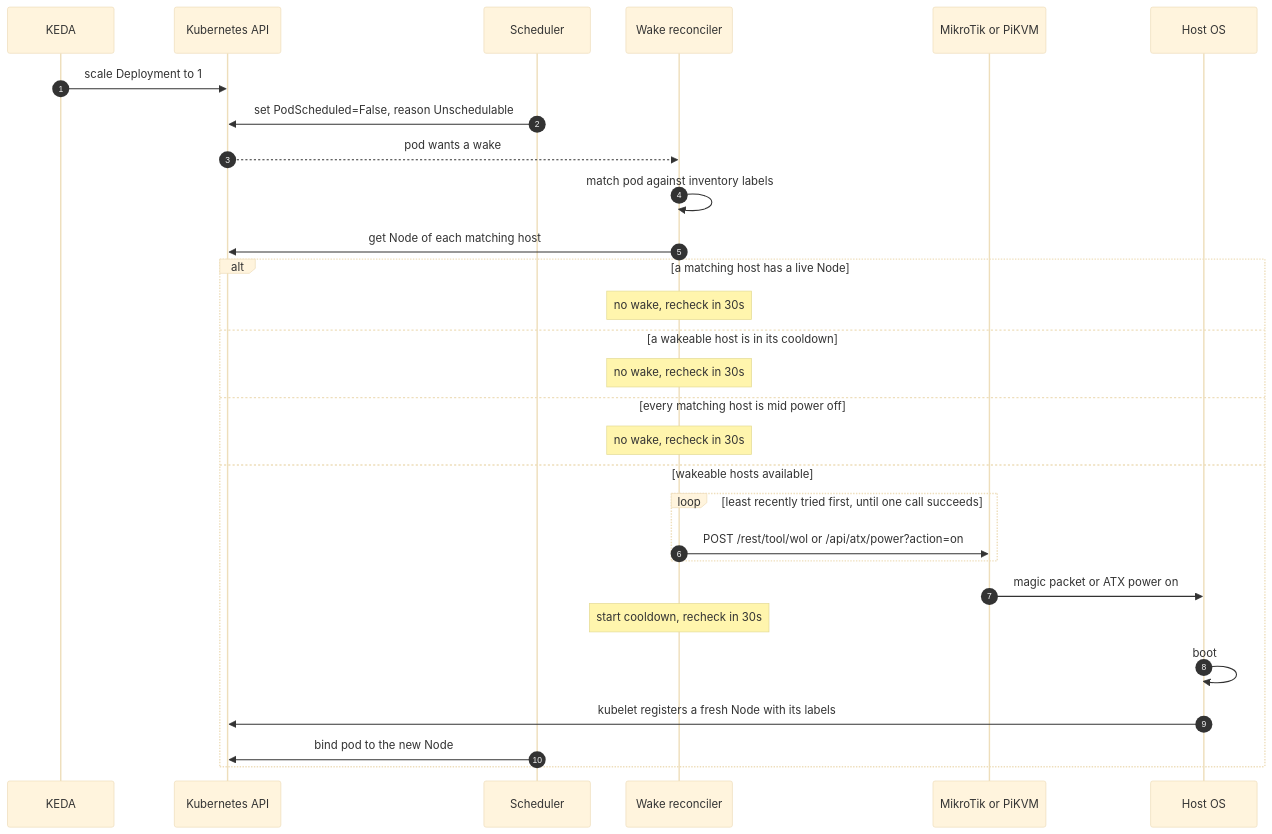
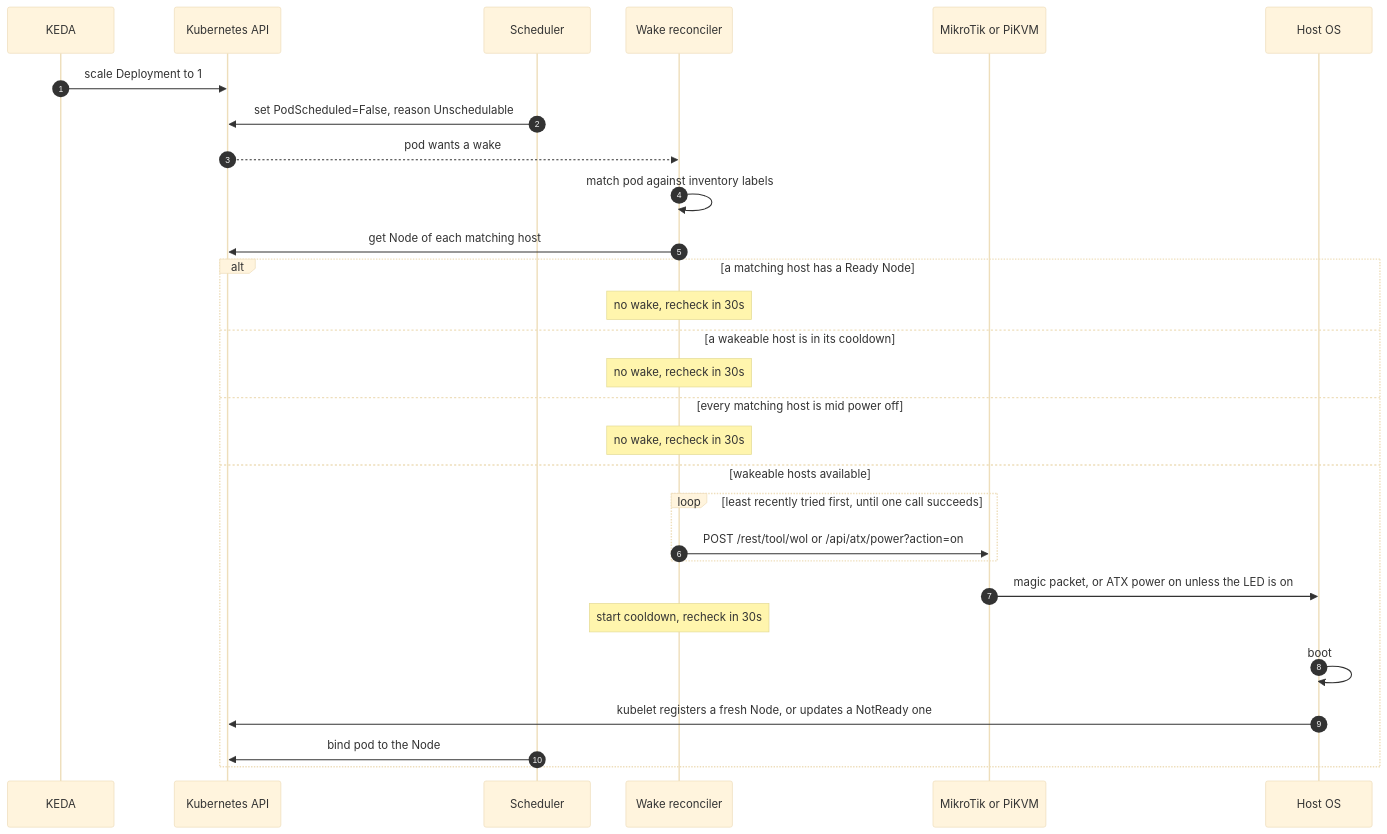
The sixth of 6 diagrams in docs/how-it-works.md (kiemlicz/nekromancer), drawn with Mermaid (base theme) before and after one commit. The commit also changed other lines of this file and 16 other files, not shown here.

First line of the commit message:
Never delete a Node just because it went NotReady

````diff
--- a/docs/how-it-works.md
+++ b/docs/how-it-works.md
@@ -188,33 +192,33 @@
 ```mermaid
 sequenceDiagram
     autonumber
     participant KEDA
     participant API as Kubernetes API
     participant Sched as Scheduler
     participant WR as Wake reconciler
     participant Prov as MikroTik or PiKVM
     participant Host as Host OS
 
     KEDA->>API: scale Deployment to 1
     Sched->>API: set PodScheduled=False, reason Unschedulable
     API-->>WR: pod wants a wake
     WR->>WR: match pod against inventory labels
     WR->>API: get Node of each matching host
 
-    alt a matching host has a live Node
+    alt a matching host has a Ready Node
         Note over WR: no wake, recheck in 30s
     else a wakeable host is in its cooldown
         Note over WR: no wake, recheck in 30s
     else every matching host is mid power off
         Note over WR: no wake, recheck in 30s
     else wakeable hosts available
         loop least recently tried first, until one call succeeds
             WR->>Prov: POST /rest/tool/wol or /api/atx/power?action=on
         end
-        Prov->>Host: magic packet or ATX power on
+        Prov->>Host: magic packet, or ATX power on unless the LED is on
         Note over WR: start cooldown, recheck in 30s
         Host->>Host: boot
-        Host->>API: kubelet registers a fresh Node with its labels
-        Sched->>API: bind pod to the new Node
+        Host->>API: kubelet registers a fresh Node, or updates a NotReady one
+        Sched->>API: bind pod to the Node
     end
 ```
````
